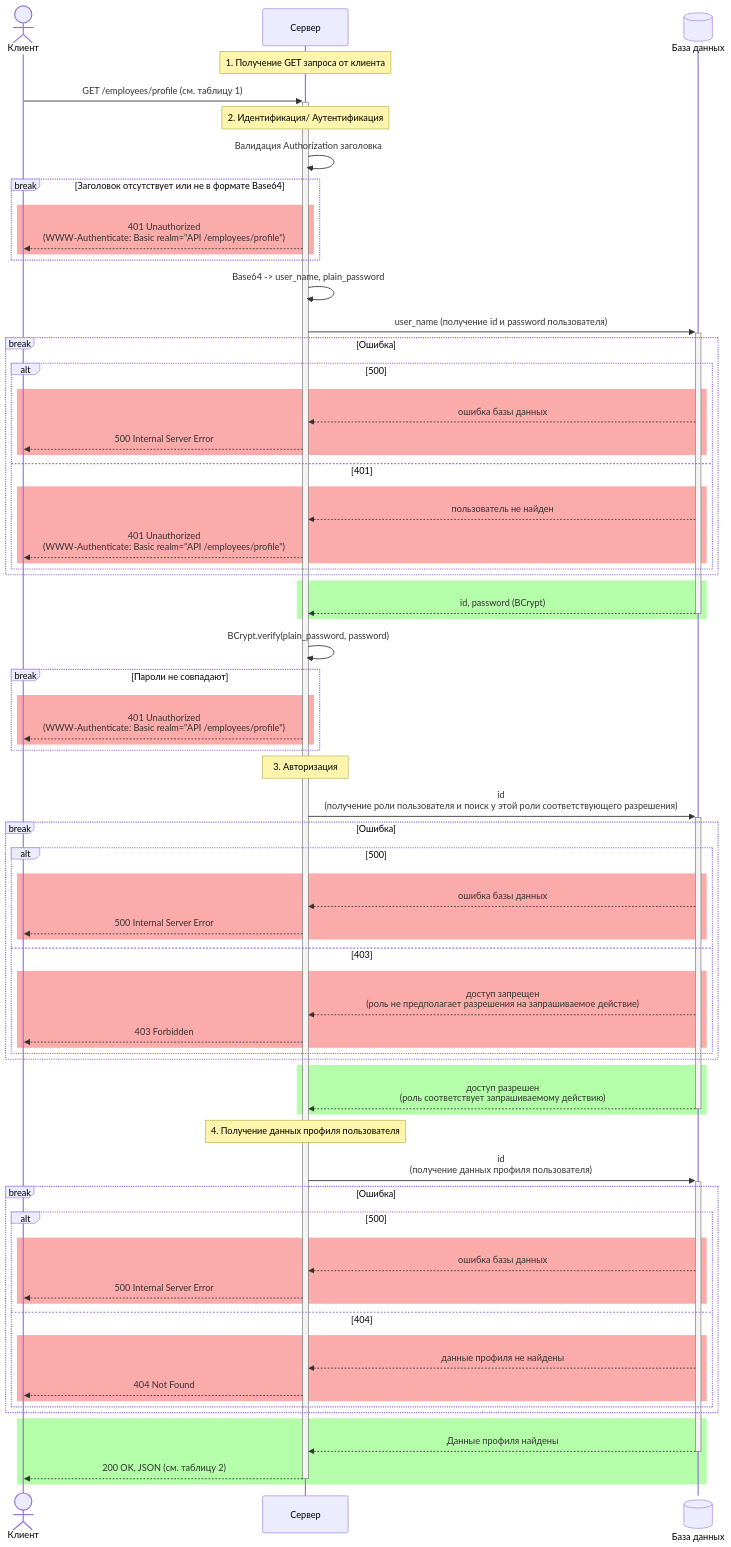
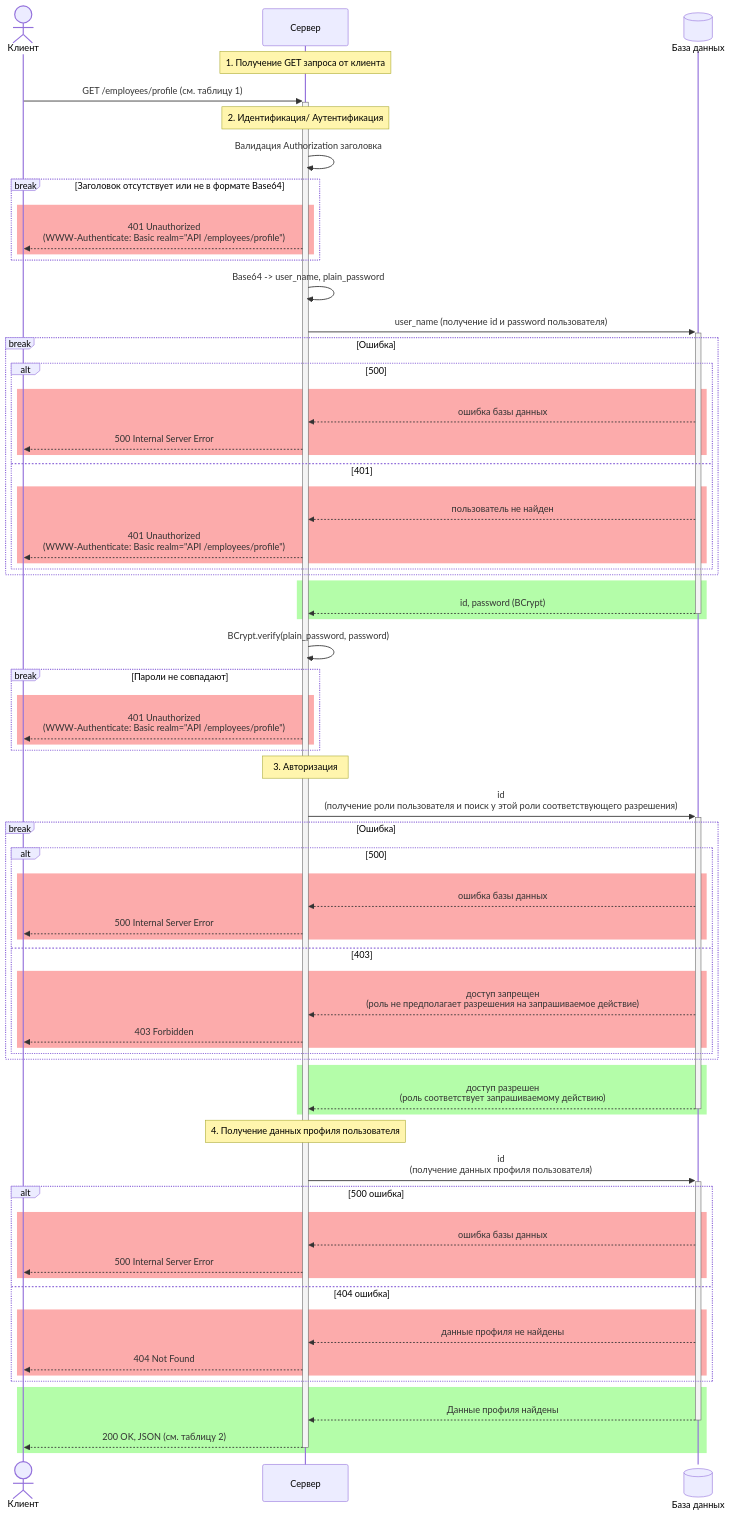
One commit to NastyaST8896/Sequence-Diagram changed the diagram in task-2.md. Above: the diagram before and after it, drawn with Mermaid. The commit also changed other lines of this file and 1 other file, not shown here.

Commit message:
adding a PlantUML diagram to Task 1

````diff
--- a/task-2.md
+++ b/task-2.md
@@ -59,79 +75,77 @@
 ```mermaid
 sequenceDiagram
 actor C as Клиент
 participant S as Сервер
 participant BD@{ "alias" : "База данных", "type" : "database"}
 
 Note over S: 1. Получение GET запроса от клиента
     C->>+S: GET /employees/profile (см. таблицу 1)
 
 Note over S: 2. Идентификация/ Аутентификация
     S->>S: Валидация Authorization заголовка
     break Заголовок отсутствует или не в формате Base64
         rect rgba(250, 102, 102, 0.55)
             S-->>C: 401 Unauthorized <br> (WWW-Authenticate: Basic realm="API /employees/profile")
         end
     end
     S->>S: Base64 -> user_name, plain_password
     S->>+BD: user_name (получение id и password пользователя)
     break Ошибка
         alt 500
             rect rgba(250, 102, 102, 0.55)
                 BD-->>S: ошибка базы данных 
                 S-->>C: 500 Internal Server Error
             end
         else 401
         rect rgba(250, 102, 102, 0.55)
                 BD-->>S: пользователь не найден 
                 S-->>C: 401 Unauthorized <br> (WWW-Authenticate: Basic realm="API /employees/profile")
             end
         end
     end
     rect rgba(117, 252, 96, 0.54)
         BD-->>-S: id, password (BCrypt)
     end
     S->>S: BCrypt.verify(plain_password, password)
     break Пароли не совпадают
         rect rgba(250, 102, 102, 0.55)
             S-->>C: 401 Unauthorized <br> (WWW-Authenticate: Basic realm="API /employees/profile")
         end
     end
 Note over S: 3. Авторизация
     S->>+BD: id <br> (получение роли пользователя и поиск у этой роли соответствующего разрешения)
     break Ошибка
         alt 500
             rect rgba(250, 102, 102, 0.55)
                 BD-->>S: ошибка базы данных 
                 S-->>C: 500 Internal Server Error
             end
         else 403
         rect rgba(250, 102, 102, 0.55)
                 BD-->>S: доступ запрещен <br> (роль не предполагает разрешения на запрашиваемое действие) 
                 S-->>C: 403 Forbidden
             end
         end
     end
     rect rgba(117, 252, 96, 0.54)
         BD-->>-S: доступ разрешен <br> (роль соответствует запрашиваемому действию)
     end
 
 Note over S: 4. Получение данных профиля пользователя
     S->>+BD: id <br> (получение данных профиля пользователя)
-    break Ошибка
-        alt 500
-            rect rgba(250, 102, 102, 0.55)
-                BD-->>S: ошибка базы данных 
-                S-->>C: 500 Internal Server Error
-            end
-        else 404
+    alt 500 ошибка
         rect rgba(250, 102, 102, 0.55)
-                BD-->>S: данные профиля не найдены
-                S-->>C: 404 Not Found
-            end
+            BD-->>S: ошибка базы данных 
+            S-->>C: 500 Internal Server Error
+        end
+    else 404 ошибка
+        rect rgba(250, 102, 102, 0.55)
+            BD-->>S: данные профиля не найдены
+            S-->>C: 404 Not Found
         end
     end
     rect rgba(117, 252, 96, 0.54)
         BD-->>-S: Данные профиля найдены
         S-->>-C: 200 OK, JSON (см. таблицу 2)
     end
 ```
````
